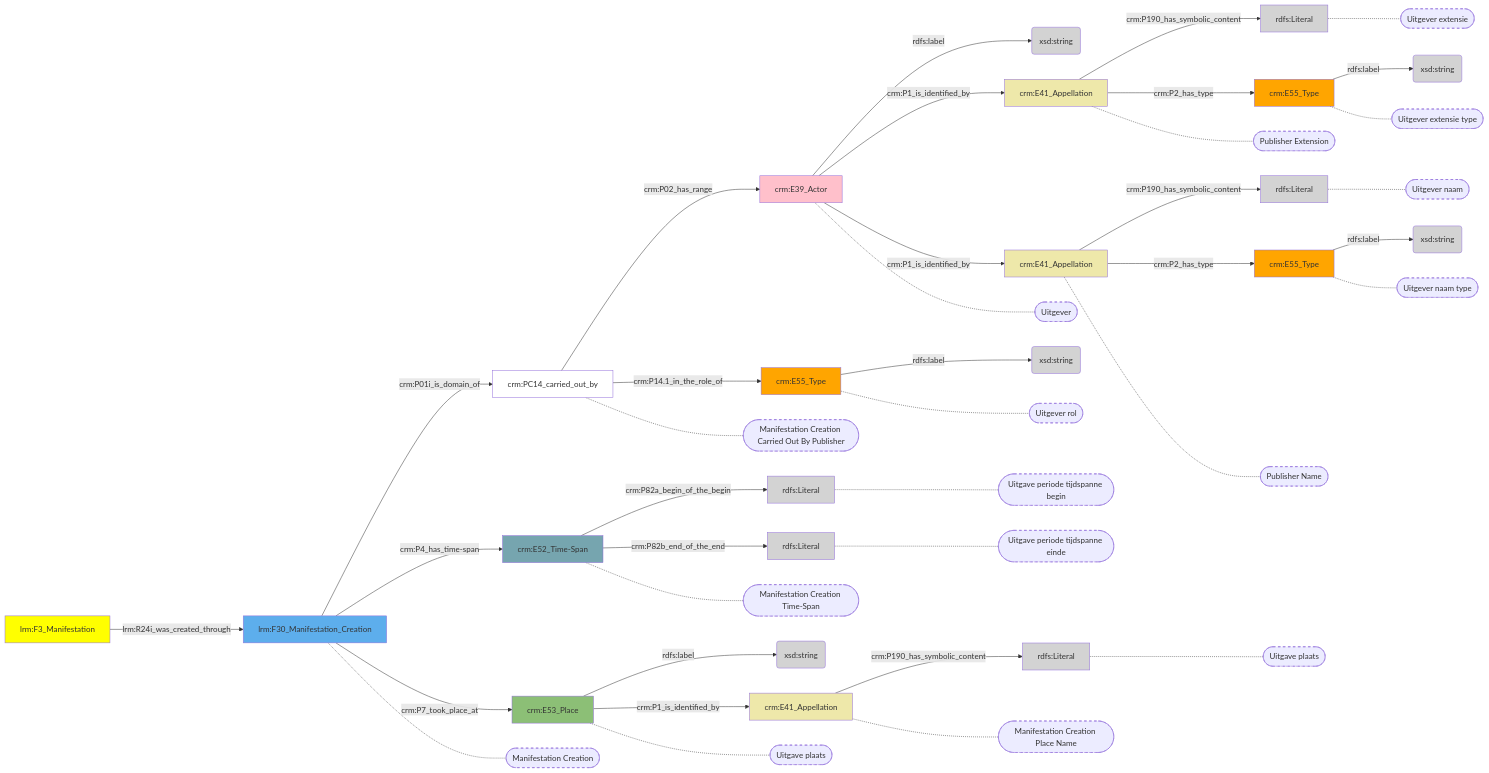
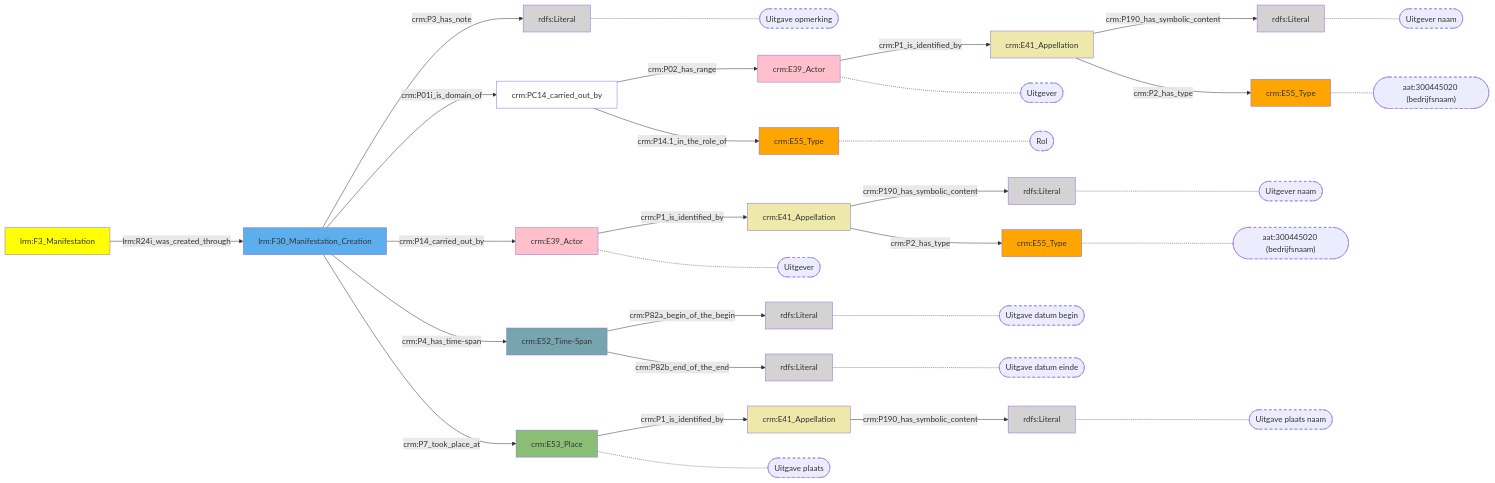
One commit to digipolisantwerpdocumentation/antwerp-cultureel-erfgoed changed the diagram in docs/content/modellen/BibliographicalManifestation/ManifestatieCreatie.md. Above: the diagram before and after it, drawn with Mermaid. The commit also changed 170 other files, not shown here.

````diff
--- a/docs/content/modellen/BibliographicalManifestation/ManifestatieCreatie.md
+++ b/docs/content/modellen/BibliographicalManifestation/ManifestatieCreatie.md
@@ -1,78 +1,64 @@
 ```mermaid
 graph LR
-960a47dc-94fe-11ee-9c98-960002548b4f["crm:E55_Type"]-->|"rdfs:label"|960a4b26-94fe-11ee-a096-960002548b4f(xsd:string)
-b2832f1a-8e98-11ee-8f9d-96a6d245525a["crm:E39_Actor"]-->|"rdfs:label"|b2832fe2-8e98-11ee-8f9d-96a6d245525a(xsd:string)
-b2833032-8e98-11ee-8f9d-96a6d245525a["crm:E41_Appellation"]-->|"crm:P190_has_symbolic_content"|b2833078-8e98-11ee-8f9d-96a6d245525a(rdfs:Literal)
-b28330c8-8e98-11ee-8f9d-96a6d245525a["crm:E55_Type"]-->|"rdfs:label"|b283310e-8e98-11ee-8f9d-96a6d245525a(xsd:string)
-b2833154-8e98-11ee-8f9d-96a6d245525a["crm:E41_Appellation"]-->|"crm:P190_has_symbolic_content"|b283319a-8e98-11ee-8f9d-96a6d245525a(rdfs:Literal)
-b2833276-8e98-11ee-8f9d-96a6d245525a["crm:E41_Appellation"]-->|"crm:P190_has_symbolic_content"|b28332bc-8e98-11ee-8f9d-96a6d245525a(rdfs:Literal)
-b2833398-8e98-11ee-8f9d-96a6d245525a["crm:E52_Time-Span"]-->|"crm:P82a_begin_of_the_begin"|b283342e-8e98-11ee-8f9d-96a6d245525a(rdfs:Literal)
-b2833398-8e98-11ee-8f9d-96a6d245525a["crm:E52_Time-Span"]-->|"crm:P82b_end_of_the_end"|b28334c4-8e98-11ee-8f9d-96a6d245525a(rdfs:Literal)
-b2833474-8e98-11ee-8f9d-96a6d245525a["crm:E55_Type"]-->|"rdfs:label"|b283355a-8e98-11ee-8f9d-96a6d245525a(xsd:string)
-b283350a-8e98-11ee-8f9d-96a6d245525a["crm:E53_Place"]-->|"rdfs:label"|b2832f88-8e98-11ee-8f9d-96a6d245525a(xsd:string)
-17e0efec-8e93-11ee-8f9d-96a6d245525a["lrm:F3_Manifestation"]-->|"lrm:R24i_was_created_through"|b2832db2-8e98-11ee-8f9d-96a6d245525a["lrm:F30_Manifestation_Creation"]
-b2832db2-8e98-11ee-8f9d-96a6d245525a["lrm:F30_Manifestation_Creation"]-->|"crm:P01i_is_domain_of"|b28333e8-8e98-11ee-8f9d-96a6d245525a["crm:PC14_carried_out_by"]
-b2832db2-8e98-11ee-8f9d-96a6d245525a["lrm:F30_Manifestation_Creation"]-->|"crm:P4_has_time-span"|b2833398-8e98-11ee-8f9d-96a6d245525a["crm:E52_Time-Span"]
-b2832db2-8e98-11ee-8f9d-96a6d245525a["lrm:F30_Manifestation_Creation"]-->|"crm:P7_took_place_at"|b283350a-8e98-11ee-8f9d-96a6d245525a["crm:E53_Place"]
-b2832f1a-8e98-11ee-8f9d-96a6d245525a["crm:E39_Actor"]-->|"crm:P1_is_identified_by"|b2833032-8e98-11ee-8f9d-96a6d245525a["crm:E41_Appellation"]
-b2832f1a-8e98-11ee-8f9d-96a6d245525a["crm:E39_Actor"]-->|"crm:P1_is_identified_by"|b2833276-8e98-11ee-8f9d-96a6d245525a["crm:E41_Appellation"]
-b2833032-8e98-11ee-8f9d-96a6d245525a["crm:E41_Appellation"]-->|"crm:P2_has_type"|b28330c8-8e98-11ee-8f9d-96a6d245525a["crm:E55_Type"]
-b2833276-8e98-11ee-8f9d-96a6d245525a["crm:E41_Appellation"]-->|"crm:P2_has_type"|960a47dc-94fe-11ee-9c98-960002548b4f["crm:E55_Type"]
-b28333e8-8e98-11ee-8f9d-96a6d245525a["crm:PC14_carried_out_by"]-->|"crm:P02_has_range"|b2832f1a-8e98-11ee-8f9d-96a6d245525a["crm:E39_Actor"]
-b28333e8-8e98-11ee-8f9d-96a6d245525a["crm:PC14_carried_out_by"]-->|"crm:P14.1_in_the_role_of"|b2833474-8e98-11ee-8f9d-96a6d245525a["crm:E55_Type"]
-b283350a-8e98-11ee-8f9d-96a6d245525a["crm:E53_Place"]-->|"crm:P1_is_identified_by"|b2833154-8e98-11ee-8f9d-96a6d245525a["crm:E41_Appellation"]
-b2832db2-8e98-11ee-8f9d-96a6d245525a["lrm:F30_Manifestation_Creation"]-.-b2832db2-8e98-11ee-8f9d-96a6d245525a_s(["Manifestation Creation"])
-b28333e8-8e98-11ee-8f9d-96a6d245525a["crm:PC14_carried_out_by"]-.-b28333e8-8e98-11ee-8f9d-96a6d245525a_s(["Manifestation Creation Carried Out By Publisher"])
-b2833398-8e98-11ee-8f9d-96a6d245525a["crm:E52_Time-Span"]-.-b2833398-8e98-11ee-8f9d-96a6d245525a_s(["Manifestation Creation Time-Span"])
-b283350a-8e98-11ee-8f9d-96a6d245525a["crm:E53_Place"]-.-b283350a-8e98-11ee-8f9d-96a6d245525a_s(["Uitgave plaats"])
-b2833032-8e98-11ee-8f9d-96a6d245525a["crm:E41_Appellation"]-.-b2833032-8e98-11ee-8f9d-96a6d245525a_s(["Publisher Extension"])
-b2833276-8e98-11ee-8f9d-96a6d245525a["crm:E41_Appellation"]-.-b2833276-8e98-11ee-8f9d-96a6d245525a_s(["Publisher Name"])
-b2833078-8e98-11ee-8f9d-96a6d245525a["rdfs:Literal"]-.-b2833078-8e98-11ee-8f9d-96a6d245525a_s(["Uitgever extensie"])
-b28330c8-8e98-11ee-8f9d-96a6d245525a["crm:E55_Type"]-.-b28330c8-8e98-11ee-8f9d-96a6d245525a_s(["Uitgever extensie type"])
-b283319a-8e98-11ee-8f9d-96a6d245525a["rdfs:Literal"]-.-b283319a-8e98-11ee-8f9d-96a6d245525a_s(["Uitgave plaats"])
-b28332bc-8e98-11ee-8f9d-96a6d245525a["rdfs:Literal"]-.-b28332bc-8e98-11ee-8f9d-96a6d245525a_s(["Uitgever naam"])
-960a47dc-94fe-11ee-9c98-960002548b4f["crm:E55_Type"]-.-960a47dc-94fe-11ee-9c98-960002548b4f_s(["Uitgever naam type"])
-b283342e-8e98-11ee-8f9d-96a6d245525a["rdfs:Literal"]-.-b283342e-8e98-11ee-8f9d-96a6d245525a_s(["Uitgave periode tijdspanne begin"])
-b28334c4-8e98-11ee-8f9d-96a6d245525a["rdfs:Literal"]-.-b28334c4-8e98-11ee-8f9d-96a6d245525a_s(["Uitgave periode tijdspanne einde"])
-b2832f1a-8e98-11ee-8f9d-96a6d245525a["crm:E39_Actor"]-.-b2832f1a-8e98-11ee-8f9d-96a6d245525a_s(["Uitgever"])
-b2833474-8e98-11ee-8f9d-96a6d245525a["crm:E55_Type"]-.-b2833474-8e98-11ee-8f9d-96a6d245525a_s(["Uitgever rol"])
-b2833154-8e98-11ee-8f9d-96a6d245525a["crm:E41_Appellation"]-.-b2833154-8e98-11ee-8f9d-96a6d245525a_s(["Manifestation Creation Place Name"])
-style b2832db2-8e98-11ee-8f9d-96a6d245525a_s stroke-dasharray: 5
-style b28333e8-8e98-11ee-8f9d-96a6d245525a_s stroke-dasharray: 5
-style b2833398-8e98-11ee-8f9d-96a6d245525a_s stroke-dasharray: 5
-style b283350a-8e98-11ee-8f9d-96a6d245525a_s stroke-dasharray: 5
-style b2833032-8e98-11ee-8f9d-96a6d245525a_s stroke-dasharray: 5
-style b2833276-8e98-11ee-8f9d-96a6d245525a_s stroke-dasharray: 5
-style b2833078-8e98-11ee-8f9d-96a6d245525a_s stroke-dasharray: 5
-style b28330c8-8e98-11ee-8f9d-96a6d245525a_s stroke-dasharray: 5
-style b283319a-8e98-11ee-8f9d-96a6d245525a_s stroke-dasharray: 5
-style b28332bc-8e98-11ee-8f9d-96a6d245525a_s stroke-dasharray: 5
-style 960a47dc-94fe-11ee-9c98-960002548b4f_s stroke-dasharray: 5
-style b283342e-8e98-11ee-8f9d-96a6d245525a_s stroke-dasharray: 5
-style b28334c4-8e98-11ee-8f9d-96a6d245525a_s stroke-dasharray: 5
-style b2832f1a-8e98-11ee-8f9d-96a6d245525a_s stroke-dasharray: 5
-style b2833474-8e98-11ee-8f9d-96a6d245525a_s stroke-dasharray: 5
-style b2833154-8e98-11ee-8f9d-96a6d245525a_s stroke-dasharray: 5
 style 17e0efec-8e93-11ee-8f9d-96a6d245525a fill:#ffff00
+style 89faf5a9-e11a-11ee-bef5-960002548b4f fill:#EEE8AA
+style 89faf828-e11a-11ee-b77e-960002548b4f fill:#D3D3D3
 style 960a47dc-94fe-11ee-9c98-960002548b4f fill:#ffa500
-style 960a4b26-94fe-11ee-a096-960002548b4f fill:#D3D3D3
+style a277ec73-e119-11ee-91ab-960002548b4f fill:#ffc0cb
 style b2832db2-8e98-11ee-8f9d-96a6d245525a fill:#5DAEEC
 style b2832f1a-8e98-11ee-8f9d-96a6d245525a fill:#ffc0cb
-style b2832f88-8e98-11ee-8f9d-96a6d245525a fill:#D3D3D3
-style b2832fe2-8e98-11ee-8f9d-96a6d245525a fill:#D3D3D3
-style b2833032-8e98-11ee-8f9d-96a6d245525a fill:#EEE8AA
-style b2833078-8e98-11ee-8f9d-96a6d245525a fill:#D3D3D3
-style b28330c8-8e98-11ee-8f9d-96a6d245525a fill:#ffa500
-style b283310e-8e98-11ee-8f9d-96a6d245525a fill:#D3D3D3
 style b2833154-8e98-11ee-8f9d-96a6d245525a fill:#EEE8AA
 style b283319a-8e98-11ee-8f9d-96a6d245525a fill:#D3D3D3
 style b2833276-8e98-11ee-8f9d-96a6d245525a fill:#EEE8AA
 style b28332bc-8e98-11ee-8f9d-96a6d245525a fill:#D3D3D3
 style b2833398-8e98-11ee-8f9d-96a6d245525a fill:#76A5AF
 style b28333e8-8e98-11ee-8f9d-96a6d245525a fill:#ffffff
 style b283342e-8e98-11ee-8f9d-96a6d245525a fill:#D3D3D3
 style b2833474-8e98-11ee-8f9d-96a6d245525a fill:#ffa500
 style b28334c4-8e98-11ee-8f9d-96a6d245525a fill:#D3D3D3
 style b283350a-8e98-11ee-8f9d-96a6d245525a fill:#8CBF76
-style b283355a-8e98-11ee-8f9d-96a6d245525a fill:#D3D3D3
+style d8a62b19-18d5-11ef-b79c-960002548b4f fill:#D3D3D3
+style efef7a98-e11a-11ee-8adf-960002548b4f fill:#ffa500
+89faf5a9-e11a-11ee-bef5-960002548b4f["crm:E41_Appellation"]-->|"crm:P190_has_symbolic_content"|89faf828-e11a-11ee-b77e-960002548b4f(rdfs:Literal)
+b2832db2-8e98-11ee-8f9d-96a6d245525a["lrm:F30_Manifestation_Creation"]-->|"crm:P3_has_note"|d8a62b19-18d5-11ef-b79c-960002548b4f(rdfs:Literal)
+b2833154-8e98-11ee-8f9d-96a6d245525a["crm:E41_Appellation"]-->|"crm:P190_has_symbolic_content"|b283319a-8e98-11ee-8f9d-96a6d245525a(rdfs:Literal)
+b2833276-8e98-11ee-8f9d-96a6d245525a["crm:E41_Appellation"]-->|"crm:P190_has_symbolic_content"|b28332bc-8e98-11ee-8f9d-96a6d245525a(rdfs:Literal)
+b2833398-8e98-11ee-8f9d-96a6d245525a["crm:E52_Time-Span"]-->|"crm:P82a_begin_of_the_begin"|b283342e-8e98-11ee-8f9d-96a6d245525a(rdfs:Literal)
+b2833398-8e98-11ee-8f9d-96a6d245525a["crm:E52_Time-Span"]-->|"crm:P82b_end_of_the_end"|b28334c4-8e98-11ee-8f9d-96a6d245525a(rdfs:Literal)
+17e0efec-8e93-11ee-8f9d-96a6d245525a["lrm:F3_Manifestation"]-->|"lrm:R24i_was_created_through"|b2832db2-8e98-11ee-8f9d-96a6d245525a["lrm:F30_Manifestation_Creation"]
+89faf5a9-e11a-11ee-bef5-960002548b4f["crm:E41_Appellation"]-->|"crm:P2_has_type"|efef7a98-e11a-11ee-8adf-960002548b4f["crm:E55_Type"]
+a277ec73-e119-11ee-91ab-960002548b4f["crm:E39_Actor"]-->|"crm:P1_is_identified_by"|89faf5a9-e11a-11ee-bef5-960002548b4f["crm:E41_Appellation"]
+b2832db2-8e98-11ee-8f9d-96a6d245525a["lrm:F30_Manifestation_Creation"]-->|"crm:P01i_is_domain_of"|b28333e8-8e98-11ee-8f9d-96a6d245525a["crm:PC14_carried_out_by"]
+b2832db2-8e98-11ee-8f9d-96a6d245525a["lrm:F30_Manifestation_Creation"]-->|"crm:P14_carried_out_by"|a277ec73-e119-11ee-91ab-960002548b4f["crm:E39_Actor"]
+b2832db2-8e98-11ee-8f9d-96a6d245525a["lrm:F30_Manifestation_Creation"]-->|"crm:P4_has_time-span"|b2833398-8e98-11ee-8f9d-96a6d245525a["crm:E52_Time-Span"]
+b2832db2-8e98-11ee-8f9d-96a6d245525a["lrm:F30_Manifestation_Creation"]-->|"crm:P7_took_place_at"|b283350a-8e98-11ee-8f9d-96a6d245525a["crm:E53_Place"]
+b2832f1a-8e98-11ee-8f9d-96a6d245525a["crm:E39_Actor"]-->|"crm:P1_is_identified_by"|b2833276-8e98-11ee-8f9d-96a6d245525a["crm:E41_Appellation"]
+b2833276-8e98-11ee-8f9d-96a6d245525a["crm:E41_Appellation"]-->|"crm:P2_has_type"|960a47dc-94fe-11ee-9c98-960002548b4f["crm:E55_Type"]
+b28333e8-8e98-11ee-8f9d-96a6d245525a["crm:PC14_carried_out_by"]-->|"crm:P02_has_range"|b2832f1a-8e98-11ee-8f9d-96a6d245525a["crm:E39_Actor"]
+b28333e8-8e98-11ee-8f9d-96a6d245525a["crm:PC14_carried_out_by"]-->|"crm:P14.1_in_the_role_of"|b2833474-8e98-11ee-8f9d-96a6d245525a["crm:E55_Type"]
+b283350a-8e98-11ee-8f9d-96a6d245525a["crm:E53_Place"]-->|"crm:P1_is_identified_by"|b2833154-8e98-11ee-8f9d-96a6d245525a["crm:E41_Appellation"]
+style 89faf828-e11a-11ee-b77e-960002548b4f_s stroke-dasharray: 5
+style efef7a98-e11a-11ee-8adf-960002548b4f_s stroke-dasharray: 5
+style a277ec73-e119-11ee-91ab-960002548b4f_s stroke-dasharray: 5
+style d8a62b19-18d5-11ef-b79c-960002548b4f_s stroke-dasharray: 5
+style b283350a-8e98-11ee-8f9d-96a6d245525a_s stroke-dasharray: 5
+style b283319a-8e98-11ee-8f9d-96a6d245525a_s stroke-dasharray: 5
+style b28332bc-8e98-11ee-8f9d-96a6d245525a_s stroke-dasharray: 5
+style 960a47dc-94fe-11ee-9c98-960002548b4f_s stroke-dasharray: 5
+style b283342e-8e98-11ee-8f9d-96a6d245525a_s stroke-dasharray: 5
+style b28334c4-8e98-11ee-8f9d-96a6d245525a_s stroke-dasharray: 5
+style b2832f1a-8e98-11ee-8f9d-96a6d245525a_s stroke-dasharray: 5
+style b2833474-8e98-11ee-8f9d-96a6d245525a_s stroke-dasharray: 5
+89faf828-e11a-11ee-b77e-960002548b4f["rdfs:Literal"]-.-89faf828-e11a-11ee-b77e-960002548b4f_s(["Uitgever naam"])
+efef7a98-e11a-11ee-8adf-960002548b4f["crm:E55_Type"]-.-efef7a98-e11a-11ee-8adf-960002548b4f_s(["aat:300445020 (bedrijfsnaam)"])
+a277ec73-e119-11ee-91ab-960002548b4f["crm:E39_Actor"]-.-a277ec73-e119-11ee-91ab-960002548b4f_s(["Uitgever"])
+d8a62b19-18d5-11ef-b79c-960002548b4f["rdfs:Literal"]-.-d8a62b19-18d5-11ef-b79c-960002548b4f_s(["Uitgave opmerking"])
+b283350a-8e98-11ee-8f9d-96a6d245525a["crm:E53_Place"]-.-b283350a-8e98-11ee-8f9d-96a6d245525a_s(["Uitgave plaats"])
+b283319a-8e98-11ee-8f9d-96a6d245525a["rdfs:Literal"]-.-b283319a-8e98-11ee-8f9d-96a6d245525a_s(["Uitgave plaats naam"])
+b28332bc-8e98-11ee-8f9d-96a6d245525a["rdfs:Literal"]-.-b28332bc-8e98-11ee-8f9d-96a6d245525a_s(["Uitgever naam"])
+960a47dc-94fe-11ee-9c98-960002548b4f["crm:E55_Type"]-.-960a47dc-94fe-11ee-9c98-960002548b4f_s(["aat:300445020 (bedrijfsnaam)"])
+b283342e-8e98-11ee-8f9d-96a6d245525a["rdfs:Literal"]-.-b283342e-8e98-11ee-8f9d-96a6d245525a_s(["Uitgave datum begin"])
+b28334c4-8e98-11ee-8f9d-96a6d245525a["rdfs:Literal"]-.-b28334c4-8e98-11ee-8f9d-96a6d245525a_s(["Uitgave datum einde"])
+b2832f1a-8e98-11ee-8f9d-96a6d245525a["crm:E39_Actor"]-.-b2832f1a-8e98-11ee-8f9d-96a6d245525a_s(["Uitgever"])
+b2833474-8e98-11ee-8f9d-96a6d245525a["crm:E55_Type"]-.-b2833474-8e98-11ee-8f9d-96a6d245525a_s(["Rol"])
 ```
````
